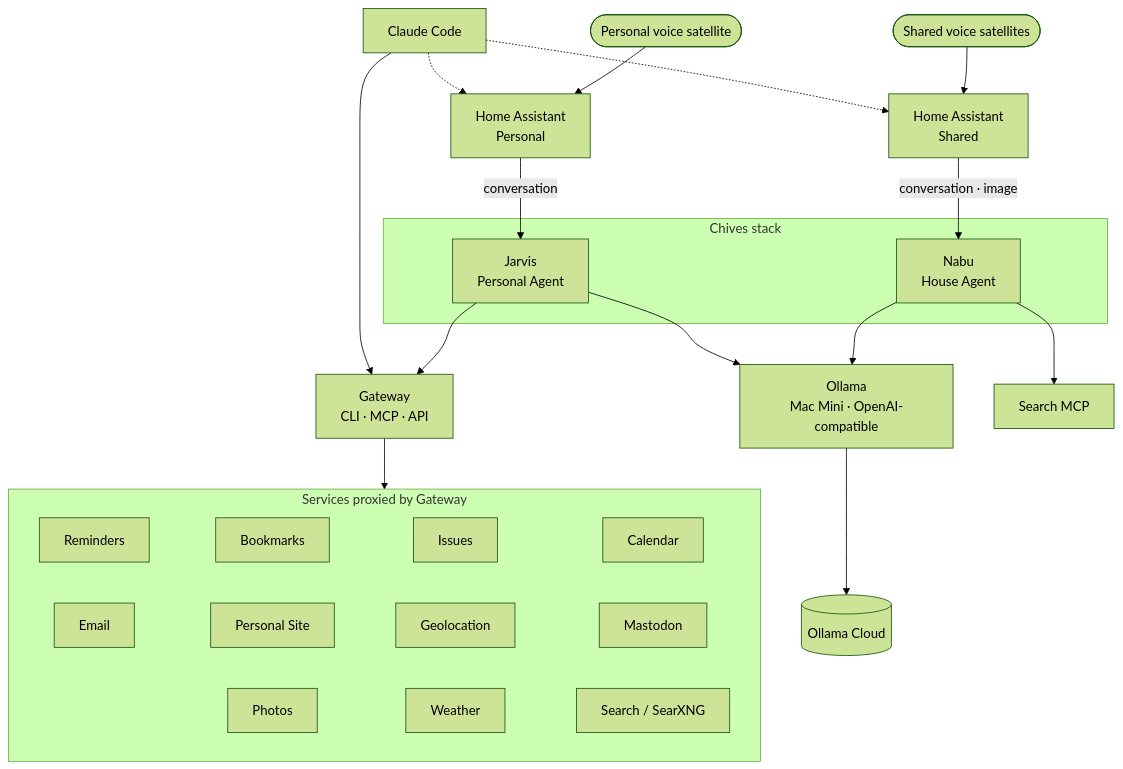
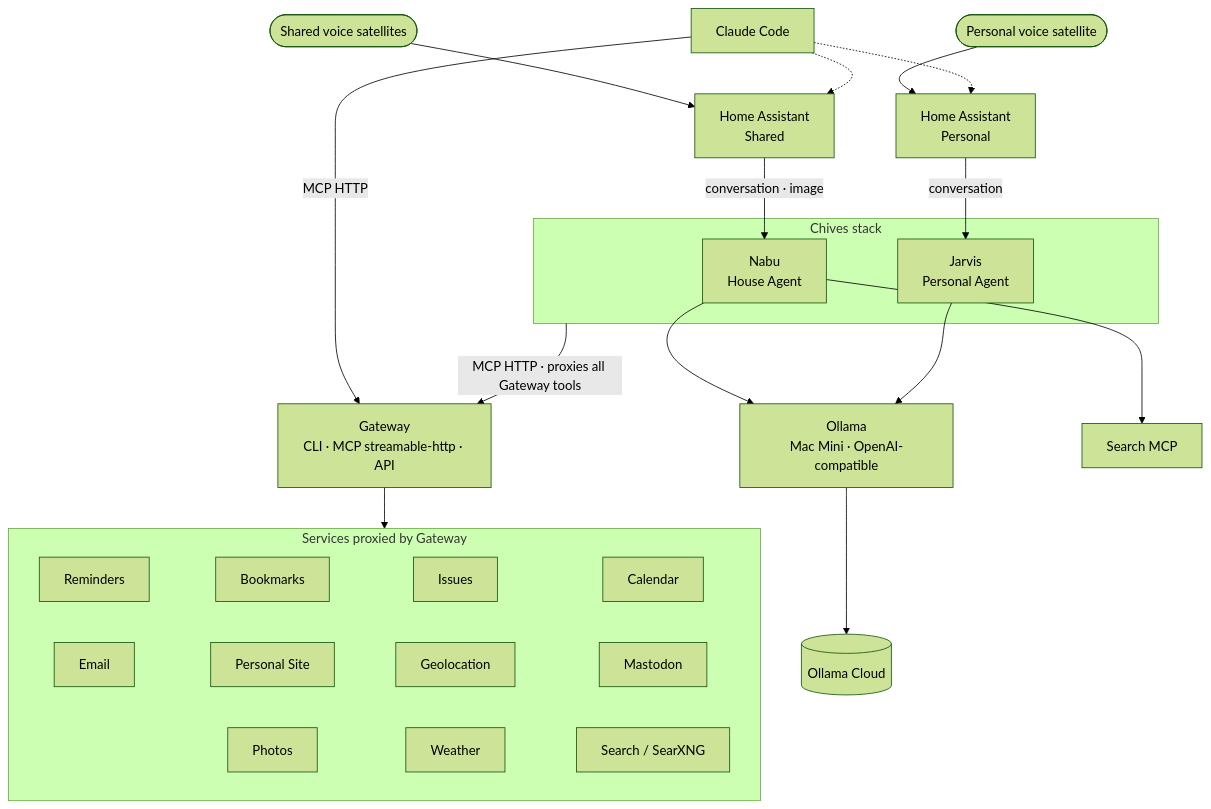
Before and after one commit to awfulwoman/personal-cloud: the diagram in README.md, drawn with Mermaid (forest theme). The commit also changed other lines of this file, not shown here.

Commit message:
Reflect Gateway MCP proxy and streamable-http transport

````diff
--- a/README.md
+++ b/README.md
@@ -7,46 +7,46 @@
 ```mermaid
 flowchart TD
     %% Surfaces I interact with
     CC[Claude Code]
     VoiceShared([Shared voice satellites])
     VoicePersonal([Personal voice satellite])
 
     %% Home Assistant instances
     HAShared[Home Assistant<br/>Shared]
     HAPersonal[Home Assistant<br/>Personal]
 
     %% Agents — both run on the Chives stack
     subgraph Chives["Chives stack"]
         Nabu[Nabu<br/>House Agent]
         Jarvis[Jarvis<br/>Personal Agent]
     end
 
     %% LLM runtime
     Ollama[Ollama<br/>Mac Mini · OpenAI-compatible]
     OllamaCloud[(Ollama Cloud)]
 
     %% Gateway + the services it proxies
-    Gateway[Gateway<br/>CLI · MCP · API]
+    Gateway[Gateway<br/>CLI · MCP streamable-http · API]
     SearchMCP[Search MCP]
     subgraph Services["Services proxied by Gateway"]
         direction LR
         Reminders[Reminders] ~~~ Bookmarks[Bookmarks] ~~~ Issues[Issues] ~~~ Calendar[Calendar]
         Email[Email] ~~~ Site[Personal Site] ~~~ Geo[Geolocation] ~~~ Mastodon[Mastodon]
         Photos[Photos] ~~~ Weather[Weather] ~~~ SearXNG[Search / SearXNG]
     end
 
     %% Wiring
     VoiceShared --> HAShared
     VoicePersonal --> HAPersonal
     HAShared -->|conversation · image| Nabu
     HAPersonal -->|conversation| Jarvis
     Nabu --> Ollama
     Nabu --> SearchMCP
     Jarvis --> Ollama
-    Jarvis --> Gateway
+    Chives -->|MCP HTTP · proxies all Gateway tools| Gateway
     Ollama --> OllamaCloud
-    CC --> Gateway
+    CC -->|MCP HTTP| Gateway
     CC -.-> HAShared
     CC -.-> HAPersonal
     Gateway --> Services
 ```
````
